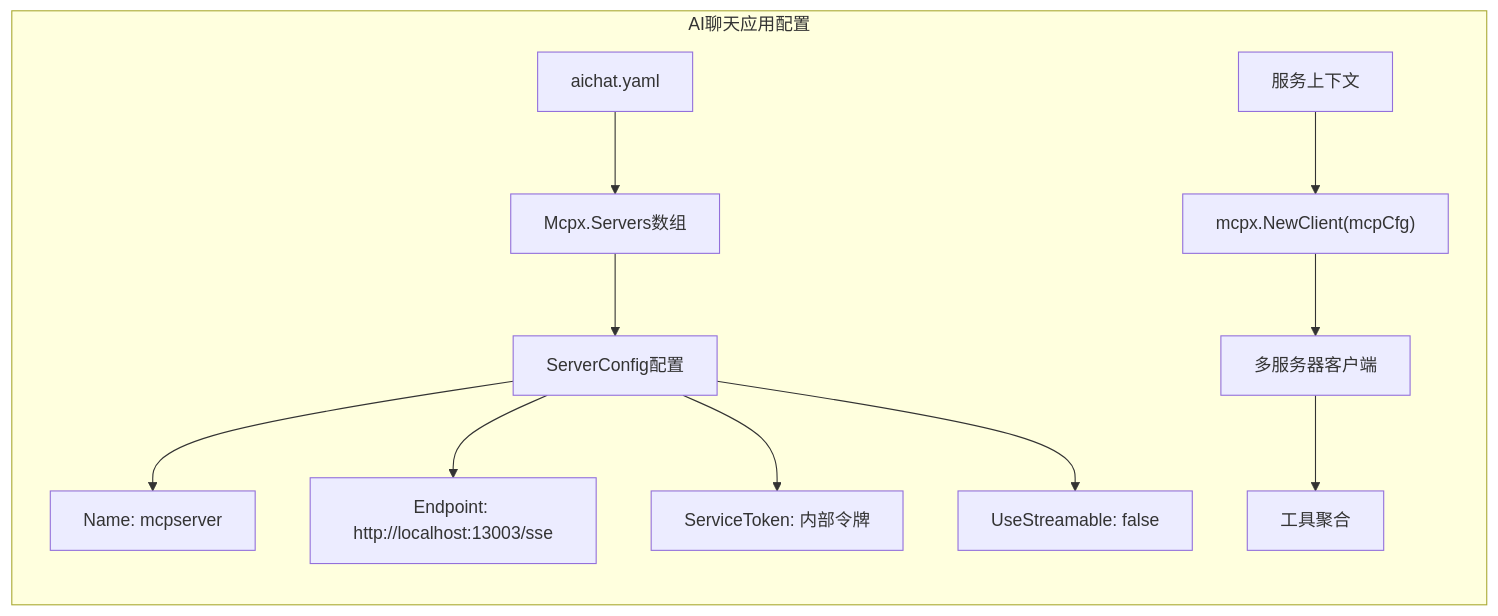
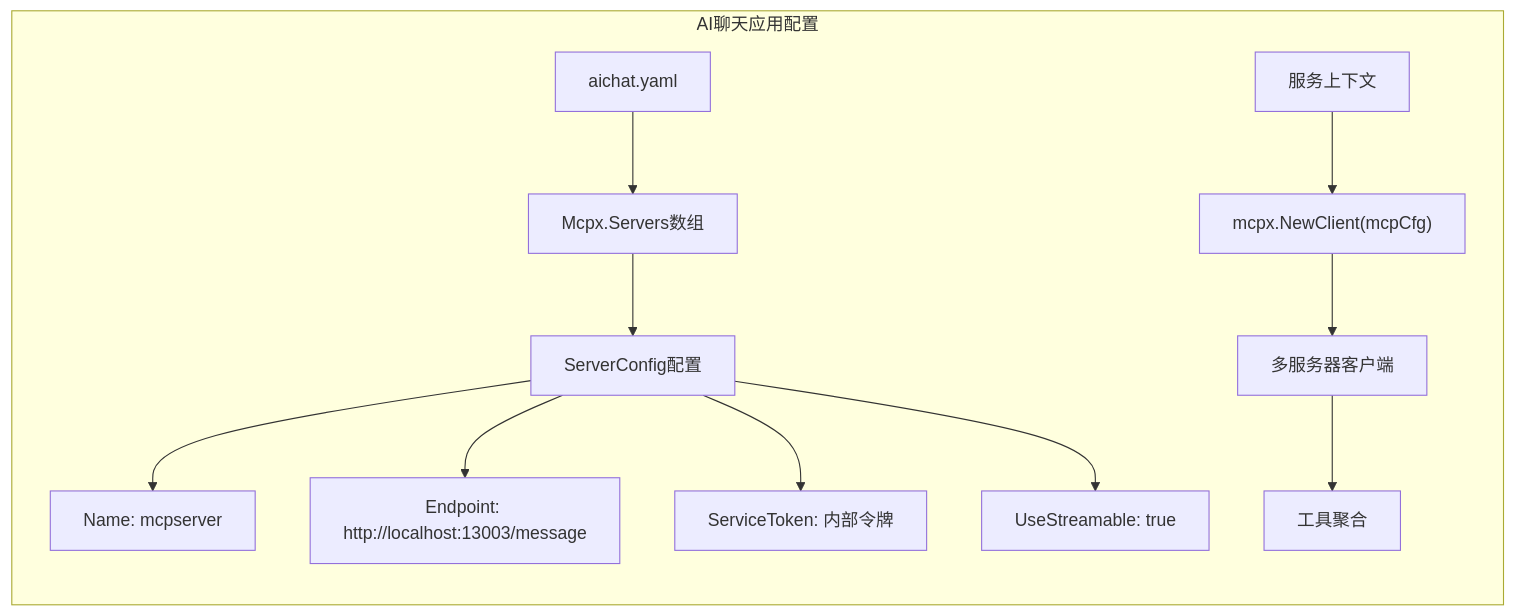
Diagram 14 of 18 in .qoder/repowiki/zh/content/AI应用模块/MCP服务器.md (maomao94/zero-service), drawn with Mermaid before and after one commit. The commit also changed other lines of this file and 42 other files, not shown here.

````diff
--- a/.qoder/repowiki/zh/content/AI应用模块/MCP服务器.md
+++ b/.qoder/repowiki/zh/content/AI应用模块/MCP服务器.md
@@ -632,14 +745,14 @@
 ```mermaid
 graph LR
 subgraph "AI聊天应用配置"
 A["aichat.yaml"] --> B["Mcpx.Servers数组"]
 B --> C["ServerConfig配置"]
 C --> D["Name: mcpserver"]
-C --> E["Endpoint: http://localhost:13003/sse"]
+C --> E["Endpoint: http://localhost:13003/message"]
 C --> F["ServiceToken: 内部令牌"]
-C --> G["UseStreamable: false"]
+C --> G["UseStreamable: true"]
 H["服务上下文"] --> I["mcpx.NewClient(mcpCfg)"]
 I --> J["多服务器客户端"]
 J --> K["工具聚合"]
 end
 ```
````
